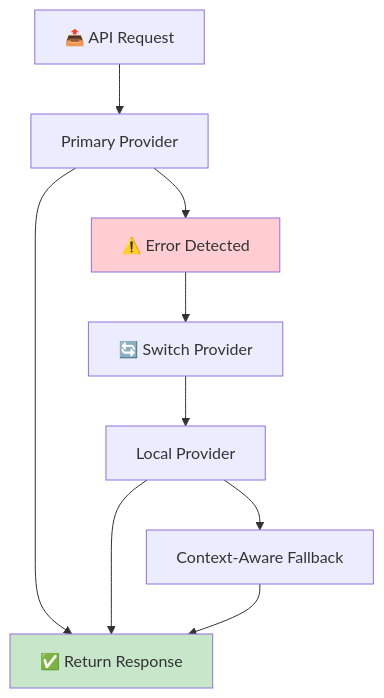
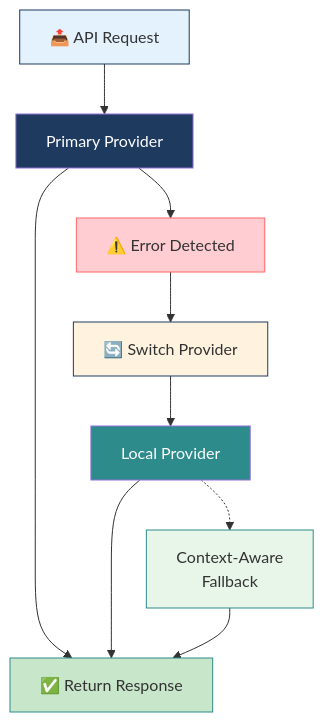
Before and after one commit to mikenk2010/COSC3009-Intelligent-Decision-Making-Advanced-IDM-Algorithm-Design: diagram 12 of 19 in PRESENTATION_OUTLINE.md, drawn with Mermaid. The commit also changed other lines of this file, not shown here.

````diff
--- a/PRESENTATION_OUTLINE.md
+++ b/PRESENTATION_OUTLINE.md
@@ -543,22 +707,27 @@
 ```mermaid
 flowchart TB
     API["📤 API Request"]
     Primary["Primary Provider"]
     Success["✅ Return Response"]
     Error["⚠️ Error Detected"]
     Switch["🔄 Switch Provider"]
     Local["Local Provider"]
-    Fallback["Context-Aware Fallback"]
+    Fallback["Context-Aware<br/>Fallback"]
 
     API --> Primary
     Primary --> Success
     Primary --> Error
     Error --> Switch
     Switch --> Local
     Local --> Success
-    Local --> Fallback
+    Local -.-> Fallback
     Fallback --> Success
 
-    style Success fill:#c8e6c9
-    style Error fill:#ffcdd2
+    style API fill:#e3f2fd,stroke:#1e3a5f
+    style Primary fill:#1e3a5f,color:#fff
+    style Success fill:#c8e6c9,stroke:#2d8b8b
+    style Error fill:#ffcdd2,stroke:#ff6666
+    style Switch fill:#fff3e0,stroke:#1e3a5f
+    style Local fill:#2d8b8b,color:#fff
+    style Fallback fill:#e8f5e9,stroke:#2d8b8b
 ```
````
